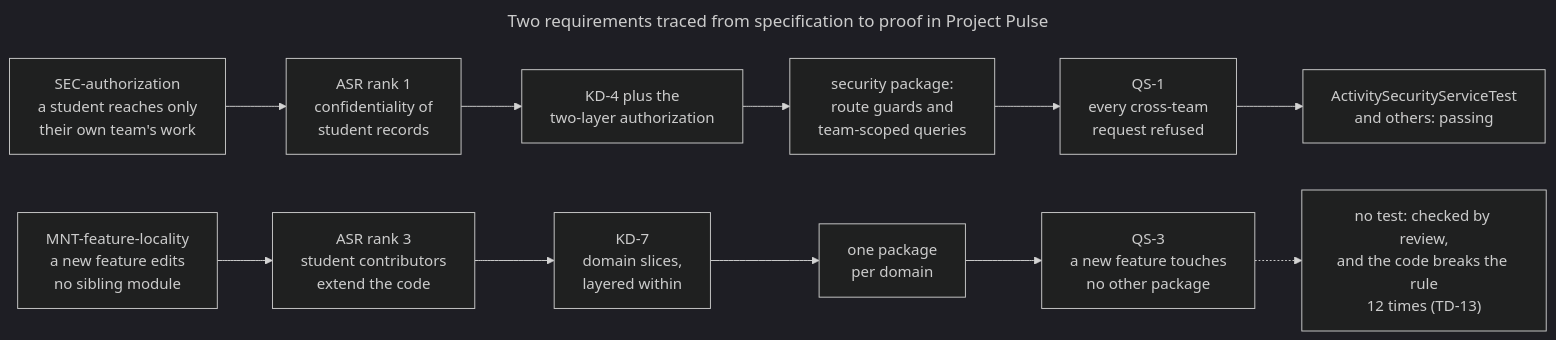
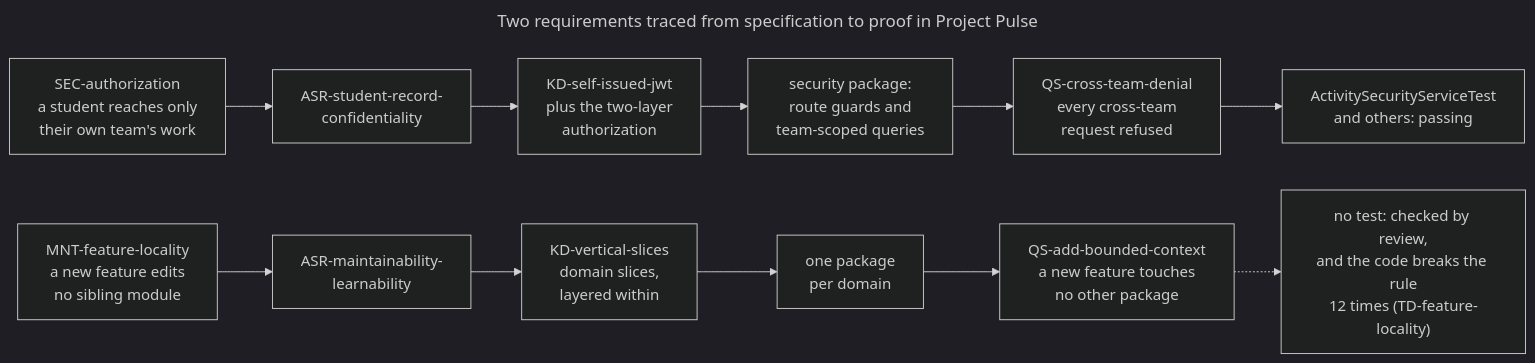
Before and after one commit to Washingtonwei/cosc-40943: the eighth of 8 diagrams in docs/modules/architecture.md, drawn with Mermaid (dark theme). The commit also changed other lines of this file and 2 other files, not shown here.

First line of the commit message:
Architecture: Project Pulse's slug IDs; deny by default covers only the API

````diff
--- a/docs/modules/architecture.md
+++ b/docs/modules/architecture.md
@@ -598,17 +598,17 @@
 ```mermaid
 ---
 title: Two requirements traced from specification to proof in Project Pulse
 ---
 flowchart LR
-    s1["SEC-authorization<br/>a student reaches only<br/>their own team's work"] --> s2["ASR rank 1<br/>confidentiality of<br/>student records"]
-    s2 --> s3["KD-4 plus the<br/>two-layer authorization"]
+    s1["SEC-authorization<br/>a student reaches only<br/>their own team's work"] --> s2["ASR-student-record-<br/>confidentiality"]
+    s2 --> s3["KD-self-issued-jwt<br/>plus the two-layer<br/>authorization"]
     s3 --> s4["security package:<br/>route guards and<br/>team-scoped queries"]
-    s4 --> s5["QS-1<br/>every cross-team<br/>request refused"]
+    s4 --> s5["QS-cross-team-denial<br/>every cross-team<br/>request refused"]
     s5 --> s6["ActivitySecurityServiceTest<br/>and others: passing"]
 
-    m1["MNT-feature-locality<br/>a new feature edits<br/>no sibling module"] --> m2["ASR rank 3<br/>student contributors<br/>extend the code"]
-    m2 --> m3["KD-7<br/>domain slices,<br/>layered within"]
+    m1["MNT-feature-locality<br/>a new feature edits<br/>no sibling module"] --> m2["ASR-maintainability-<br/>learnability"]
+    m2 --> m3["KD-vertical-slices<br/>domain slices,<br/>layered within"]
     m3 --> m4["one package<br/>per domain"]
-    m4 --> m5["QS-3<br/>a new feature touches<br/>no other package"]
-    m5 -.-> m6["no test: checked by review,<br/>and the code breaks the rule<br/>12 times (TD-13)"]
+    m4 --> m5["QS-add-bounded-context<br/>a new feature touches<br/>no other package"]
+    m5 -.-> m6["no test: checked by review,<br/>and the code breaks the rule<br/>12 times (TD-feature-locality)"]
 ```
````
